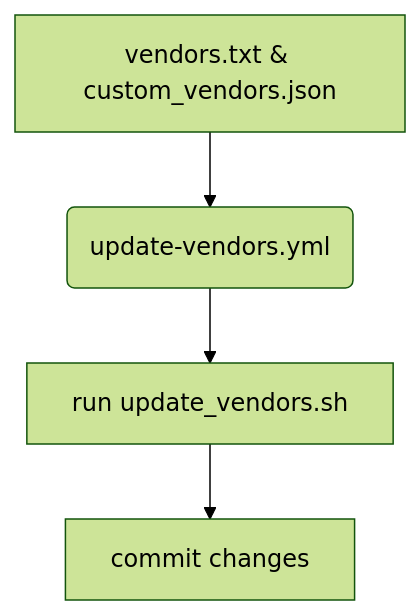
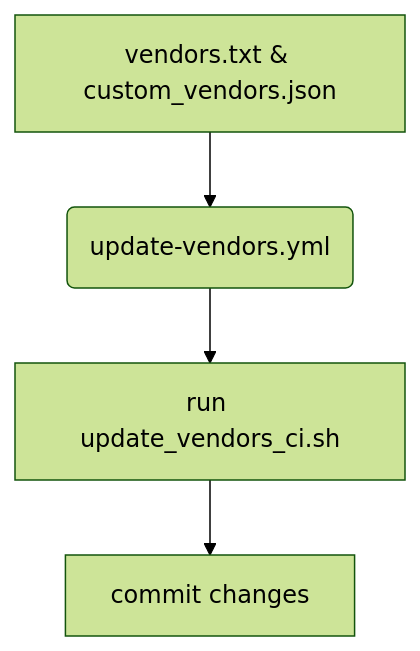
Before and after one commit to Freddyslim/frappe_app_template: the diagram in doc/workflows/update_vendors.md, drawn with Mermaid (forest theme). The commit also changed other lines of this file and 7 other files, not shown here.

````diff
--- a/doc/workflows/update_vendors.md
+++ b/doc/workflows/update_vendors.md
@@ -5,6 +5,6 @@
 ```mermaid
 flowchart TD
     files[vendors.txt & custom_vendors.json] --> workflow(update-vendors.yml)
-    workflow --> script[run update_vendors.sh]
+    workflow --> script[run update_vendors_ci.sh]
     script --> commit[commit changes]
 ```
````
